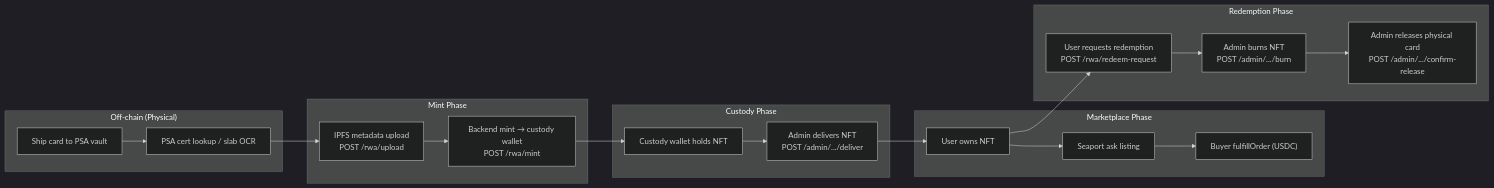
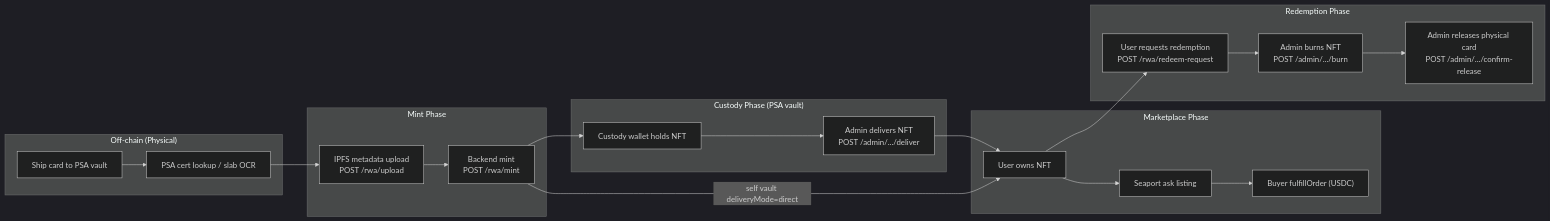
One commit to tokenable-dev/tokenable-dev changed the diagram in docs/architecture/vault-lifecycle.md. Above: the diagram before and after it, drawn with Mermaid (dark theme). The commit also changed other lines of this file and 248 other files, not shown here.

````diff
--- a/docs/architecture/vault-lifecycle.md
+++ b/docs/architecture/vault-lifecycle.md
@@ -9,34 +9,35 @@
 ```mermaid
 flowchart LR
   subgraph offchain ["Off-chain (Physical)"]
     Ship["Ship card to PSA vault"]
     Verify["PSA cert lookup / slab OCR"]
   end
 
   subgraph mint ["Mint Phase"]
     Upload["IPFS metadata upload<br/>POST /rwa/upload"]
-    BackendMint["Backend mint → custody wallet<br/>POST /rwa/mint"]
+    BackendMint["Backend mint<br/>POST /rwa/mint"]
   end
 
-  subgraph custody ["Custody Phase"]
+  subgraph custody ["Custody Phase (PSA vault)"]
     Hold["Custody wallet holds NFT"]
     AdminDeliver["Admin delivers NFT<br/>POST /admin/.../deliver"]
   end
 
   subgraph market ["Marketplace Phase"]
     Own["User owns NFT"]
     List["Seaport ask listing"]
     Buy["Buyer fulfillOrder (USDC)"]
   end
 
   subgraph redeem ["Redemption Phase"]
     Request["User requests redemption<br/>POST /rwa/redeem-request"]
     Burn["Admin burns NFT<br/>POST /admin/.../burn"]
     Release["Admin releases physical card<br/>POST /admin/.../confirm-release"]
   end
 
   Ship --> Verify --> Upload --> BackendMint
   BackendMint --> Hold --> AdminDeliver --> Own
+  BackendMint -->|"self vault deliveryMode=direct"| Own
   Own --> List --> Buy
   Own --> Request --> Burn --> Release
 ```
````
